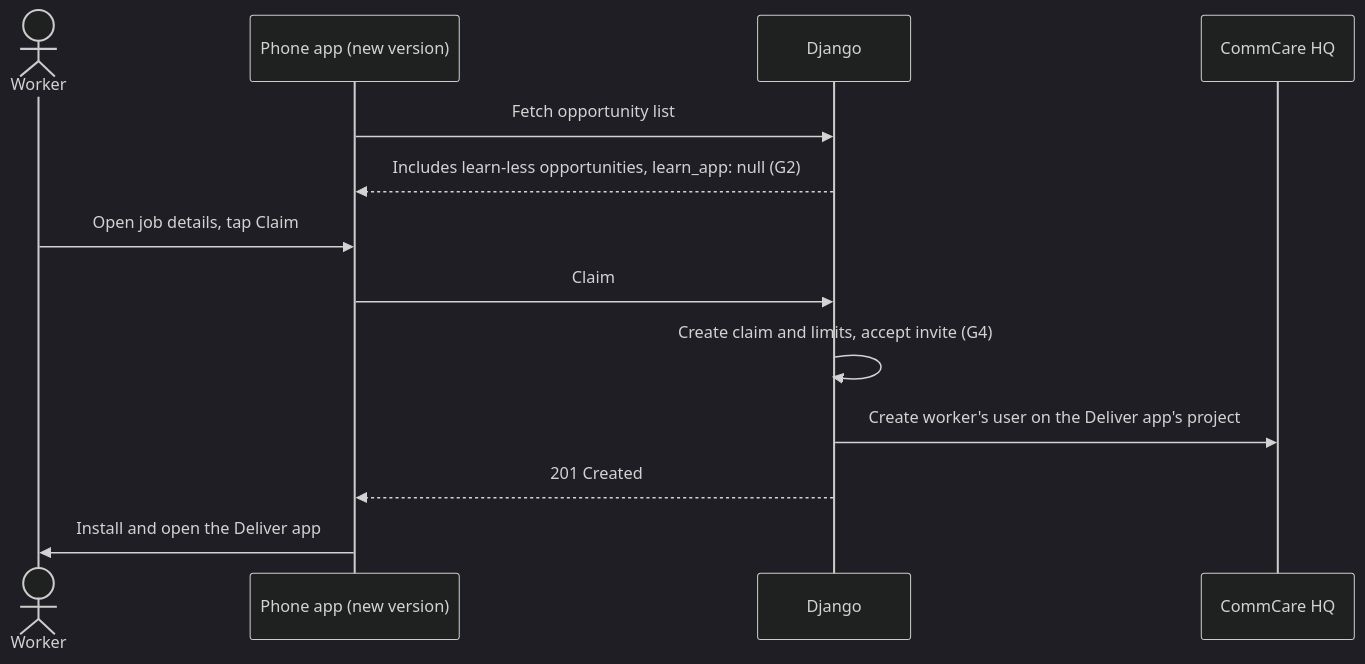
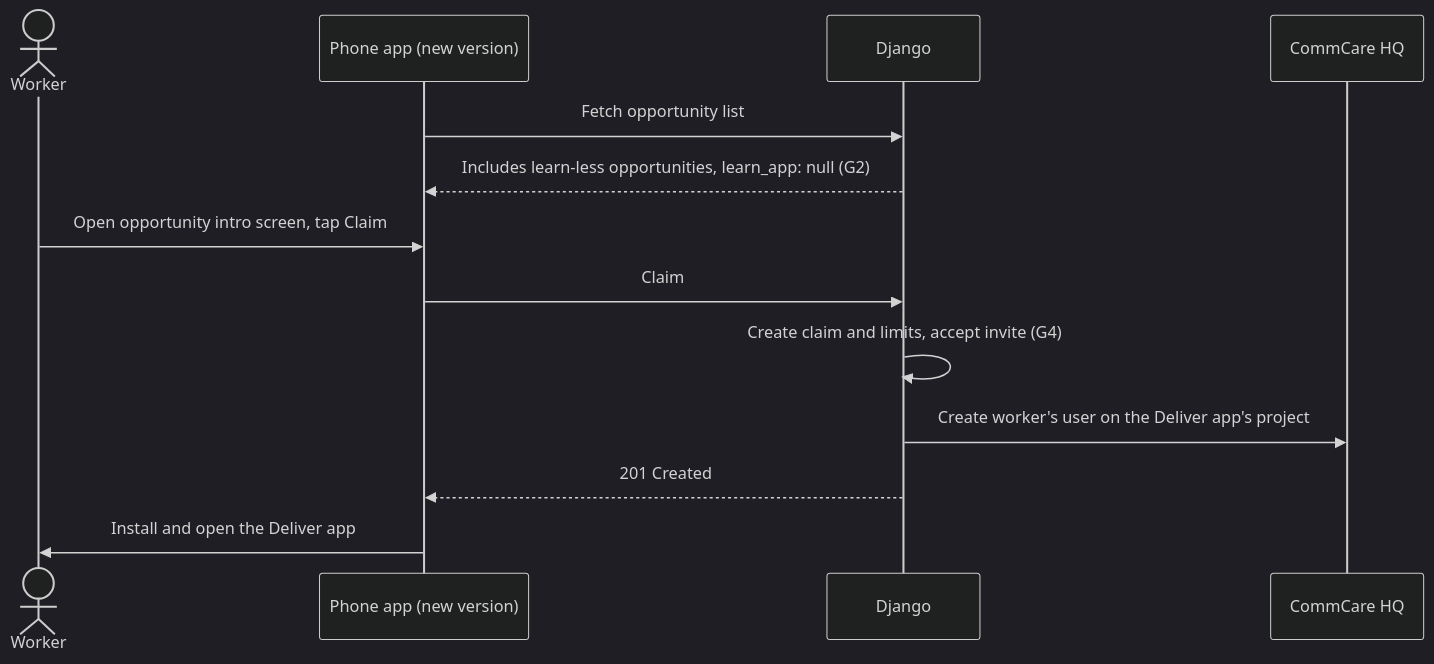
Before and after one commit to dimagi/commcare-connect: the first of 2 diagrams in docs/design/2026-11-17-optional-learn-apps.md, drawn with Mermaid (dark theme). The commit also changed other lines of this file, not shown here.

````diff
--- a/docs/design/2026-11-17-optional-learn-apps.md
+++ b/docs/design/2026-11-17-optional-learn-apps.md
@@ -95,15 +95,15 @@
 ```mermaid
 sequenceDiagram
     actor Worker
     participant Phone as Phone app (new version)
     participant Django
     participant HQ as CommCare HQ
     Phone->>Django: Fetch opportunity list
     Django-->>Phone: Includes learn-less opportunities, learn_app: null (G2)
-    Worker->>Phone: Open job details, tap Claim
+    Worker->>Phone: Open opportunity intro screen, tap Claim
     Phone->>Django: Claim
     Django->>Django: Create claim and limits, accept invite (G4)
     Django->>HQ: Create worker's user on the Deliver app's project
     Django-->>Phone: 201 Created
     Phone->>Worker: Install and open the Deliver app
 ```
````
